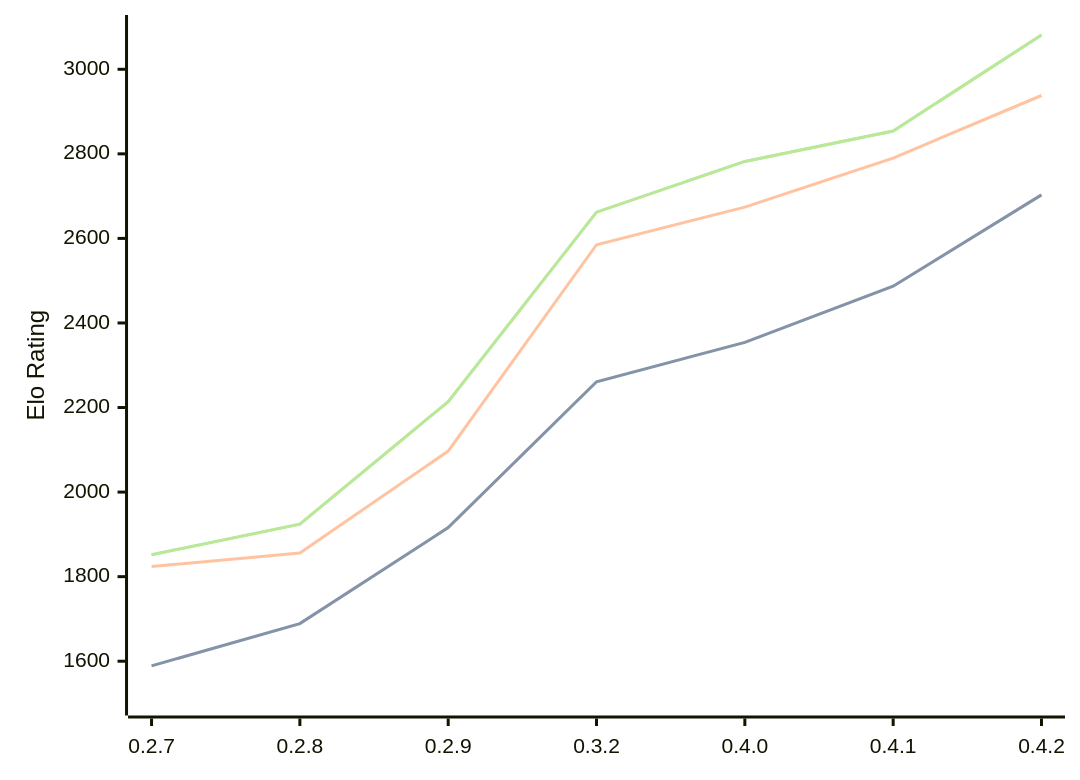
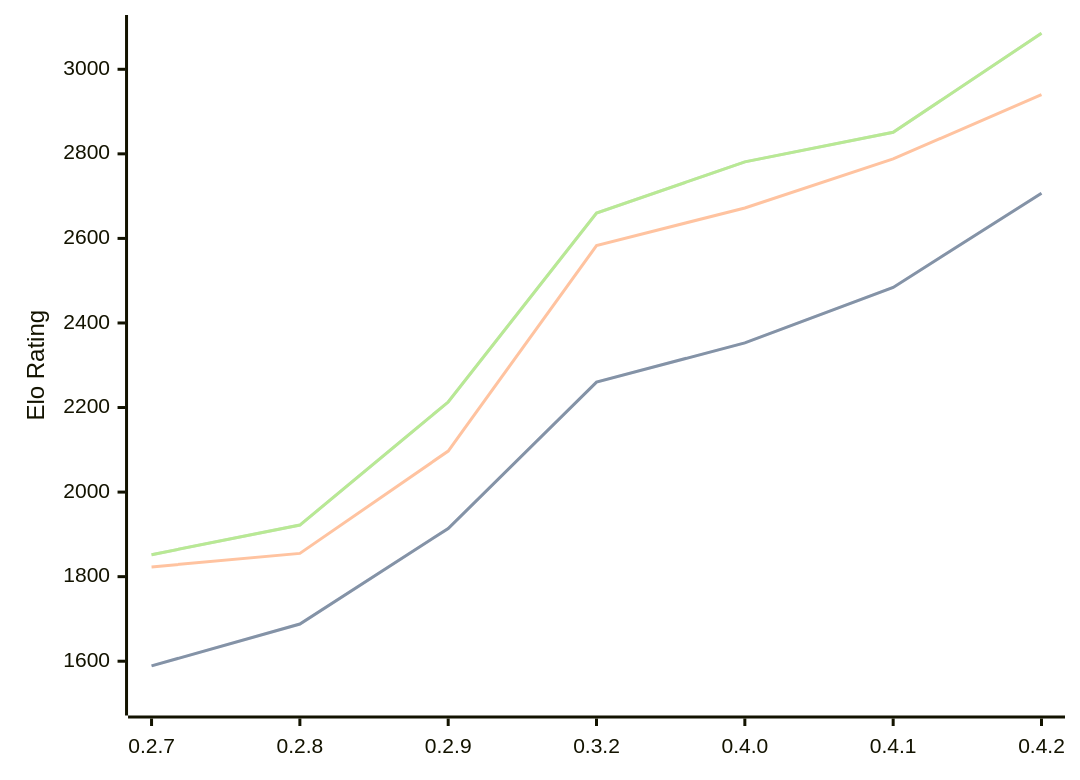
The diagram in engines/Dual.md (computer-chess-index/cci), drawn with Mermaid before and after one commit. The commit also changed other lines of this file, not shown here.

Commit message:
Update CCI Ratings (ELO VLTC) - 2026-08-12

````diff
--- a/engines/Dual.md
+++ b/engines/Dual.md
@@ -39,11 +39,11 @@
 ```mermaid
 %%{init: {"theme":"base","themeVariables":{"seriesColors:['#a3a3a3','#222221','#faa371']}}}%%
 xychart-beta
   x-axis ["0.2.7", "0.2.8", "0.2.9", "0.3.2", "0.4.0", "0.4.1", "0.4.2"]
   y-axis "Elo Rating" 1500 --> 3100
-  line "STC (8.0+0.08s)" [1589, 1689, 1916, 2261, 2354, 2487, 2703]
-  line "STC (8.0+0.08s)" [1589, 1689, 1916, 2261, 2354, 2487, 2703]
-  line "LTC (60.0+0.60s)" [1824, 1856, 2097, 2585, 2674, 2790, 2938]
-  line "VLTC (2m24s+1.12s)" [1852, 1924, 2214, 2662, 2782, 2854, 3081]
-  line "VLTC (2m24s+1.12s)" [1852, 1924, 2214, 2662, 2782, 2854, 3081]
+  line "STC (8.0+0.08s)" [1589, 1688, 1914, 2260, 2353, 2484, 2707]
+  line "STC (8.0+0.08s)" [1589, 1688, 1914, 2260, 2353, 2484, 2707]
+  line "LTC (60.0+0.60s)" [1823, 1855, 2097, 2583, 2672, 2788, 2940]
+  line "VLTC (2m24s+1.12s)" [1852, 1922, 2213, 2660, 2781, 2851, 3085]
+  line "VLTC (2m24s+1.12s)" [1852, 1922, 2213, 2660, 2781, 2851, 3085]
 ```
````
